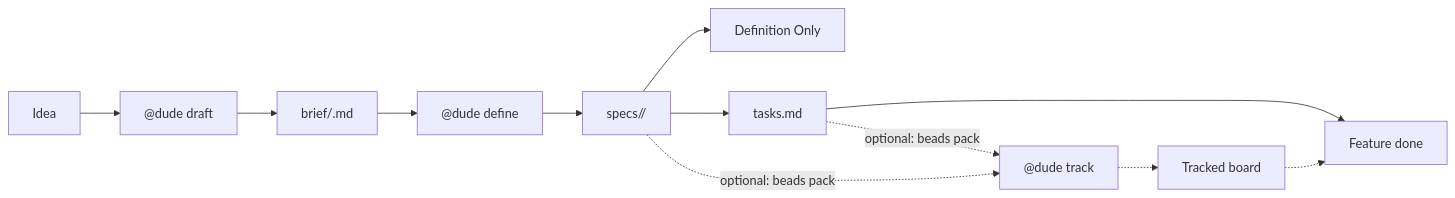
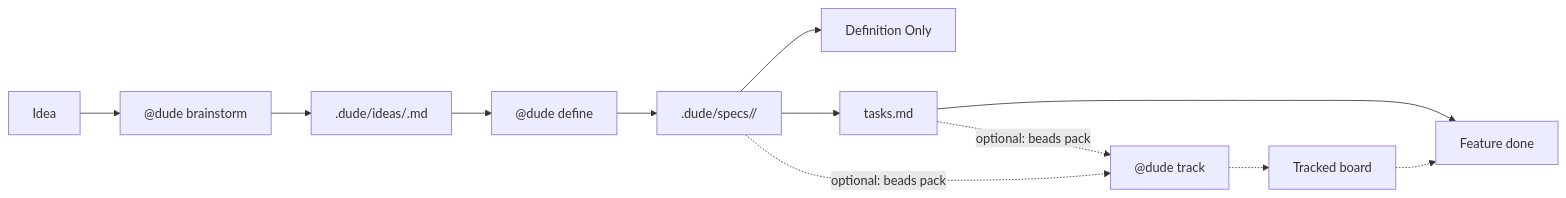
The diagram in docs/workflow.md (E-G-C/dude), drawn with Mermaid before and after one commit. The commit also changed other lines of this file and 216 other files, not shown here.

````diff
--- a/docs/workflow.md
+++ b/docs/workflow.md
@@ -17,14 +20,14 @@
 ```mermaid
 graph LR
-    IDEA["Idea"] --> DRAFT["@dude draft"]
-    DRAFT --> BRAIN["brief/<feature>.md"]
-    BRAIN --> DEFINE["@dude define"]
-    DEFINE --> PACKAGE["specs/<feature>/"]
+  INPUT["Idea"] --> BRAINSTORM["@dude brainstorm"]
+  BRAINSTORM --> IDEA[".dude/ideas/<slug>.md"]
+  IDEA --> DEFINE["@dude define <slug>"]
+    DEFINE --> PACKAGE[".dude/specs/<feature>/"]
     PACKAGE --> STOP["Definition Only"]
     PACKAGE --> TASKS["tasks.md"]
     TASKS --> DONE["Feature done"]
     PACKAGE -.->|optional: beads pack| TRACK["@dude track"]
     TASKS -.->|optional: beads pack| TRACK
     TRACK -.-> BOARD["Tracked board"]
     BOARD -.-> DONE
 ```
````
